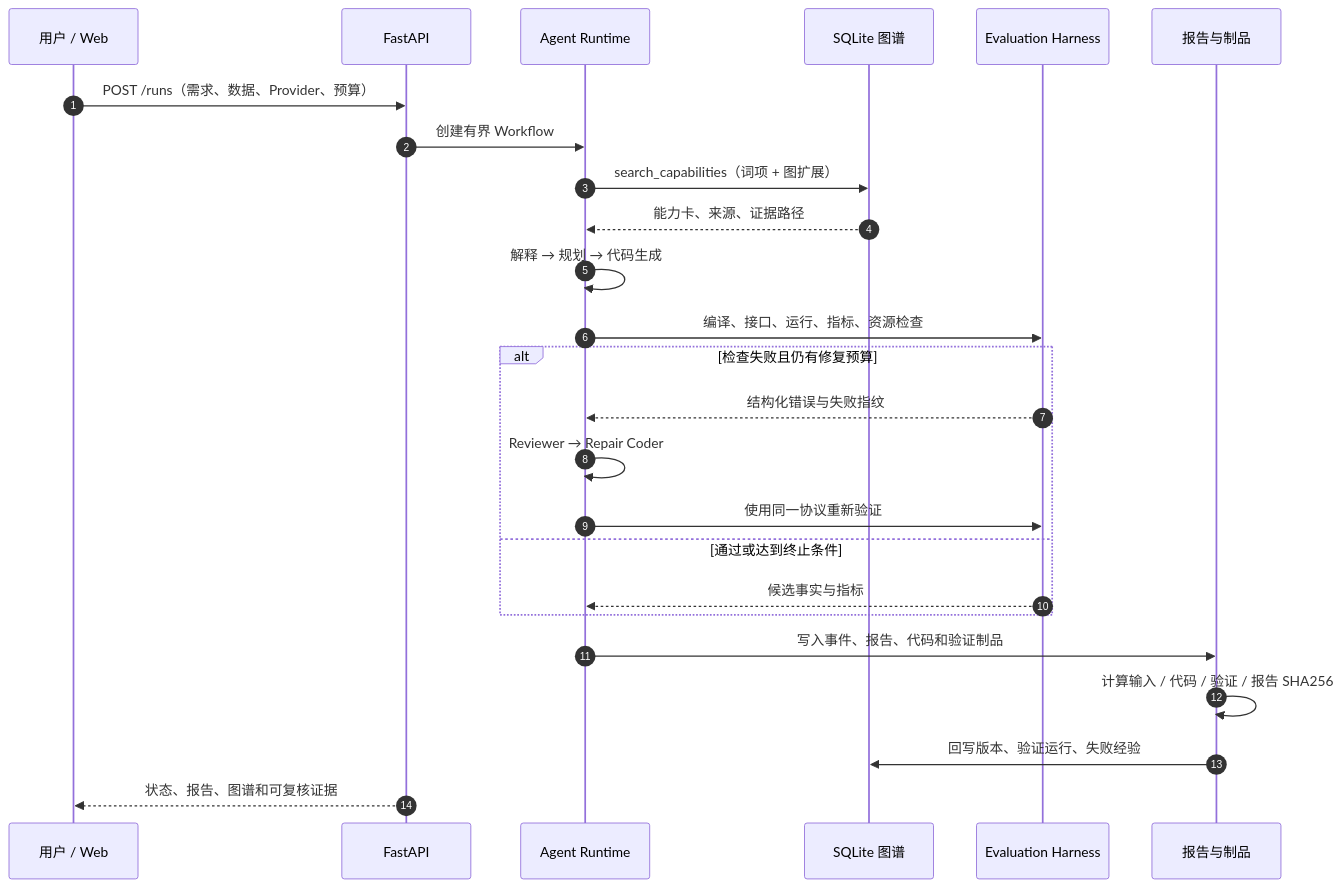
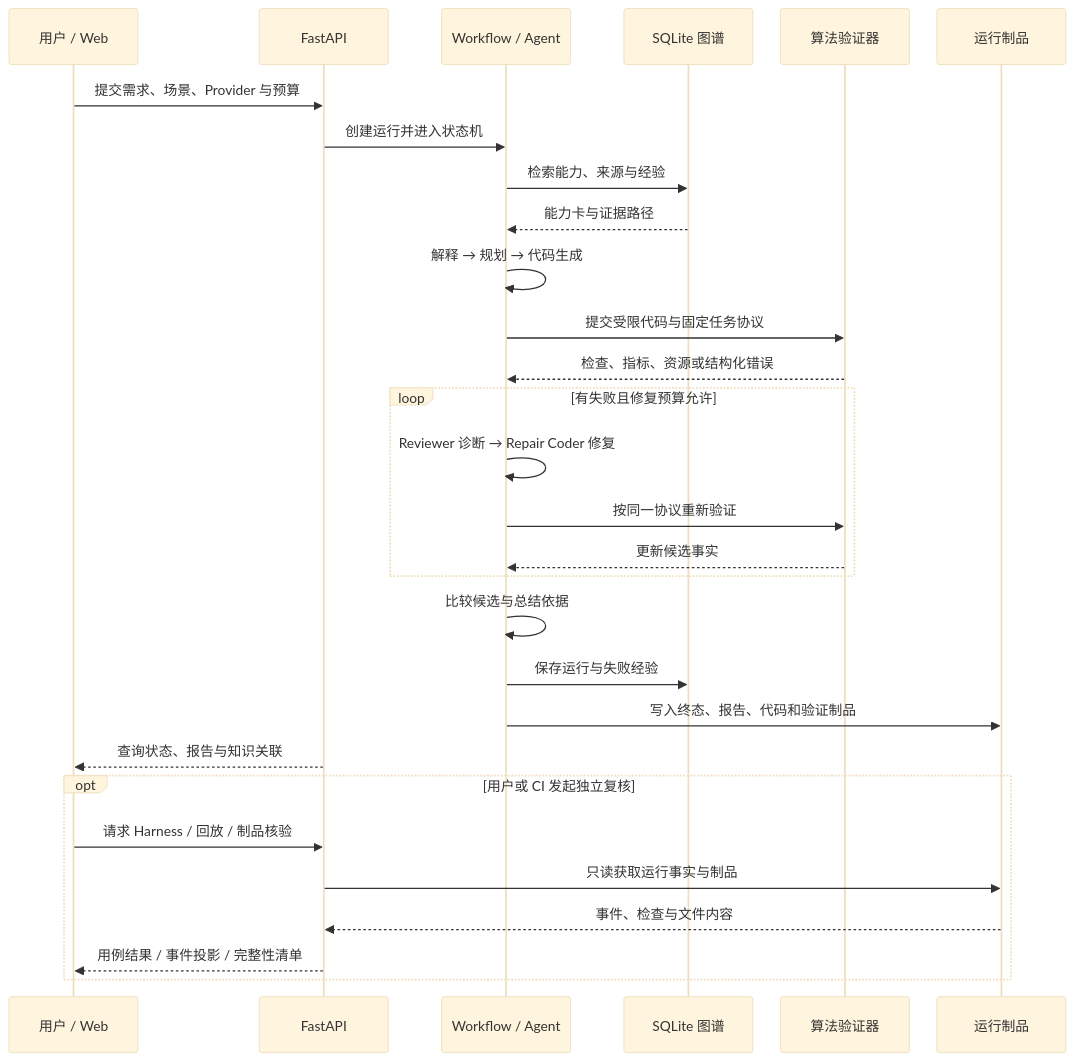
Before and after one commit to dengdeng55525/axiomforge: the second of 2 diagrams in README.md, drawn with Mermaid. The commit also changed other lines of this file and 23 other files, not shown here.

````diff
--- a/README.md
+++ b/README.md
@@ -274,28 +208,32 @@
 ```mermaid
+%%{init: {"theme": "base", "themeVariables": {"fontSize": "18px", "actorFontSize": "18px", "messageFontSize": "17px"}, "sequence": {"actorMargin": 32, "messageMargin": 28}}}%%
 sequenceDiagram
-    autonumber
     participant User as 用户 / Web
     participant API as FastAPI
-    participant Agent as Agent Runtime
+    participant WF as Workflow / Agent
     participant KG as SQLite 图谱
-    participant Harness as Evaluation Harness
-    participant Store as 报告与制品
-
-    User->>API: POST /runs（需求、数据、Provider、预算）
-    API->>Agent: 创建有界 Workflow
-    Agent->>KG: search_capabilities（词项 + 图扩展）
-    KG-->>Agent: 能力卡、来源、证据路径
-    Agent->>Agent: 解释 → 规划 → 代码生成
-    Agent->>Harness: 编译、接口、运行、指标、资源检查
-    alt 检查失败且仍有修复预算
-      Harness-->>Agent: 结构化错误与失败指纹
-      Agent->>Agent: Reviewer → Repair Coder
-      Agent->>Harness: 使用同一协议重新验证
-    else 通过或达到终止条件
-      Harness-->>Agent: 候选事实与指标
+    participant Validator as 算法验证器
+    participant Store as 运行制品
+    User->>API: 提交需求、场景、Provider 与预算
+    API->>WF: 创建运行并进入状态机
+    WF->>KG: 检索能力、来源与经验
+    KG-->>WF: 能力卡与证据路径
+    WF->>WF: 解释 → 规划 → 代码生成
+    WF->>Validator: 提交受限代码与固定任务协议
+    Validator-->>WF: 检查、指标、资源或结构化错误
+    loop 有失败且修复预算允许
+      WF->>WF: Reviewer 诊断 → Repair Coder 修复
+      WF->>Validator: 按同一协议重新验证
+      Validator-->>WF: 更新候选事实
     end
-    Agent->>Store: 写入事件、报告、代码和验证制品
-    Store->>Store: 计算输入 / 代码 / 验证 / 报告 SHA256
-    Store->>KG: 回写版本、验证运行、失败经验
-    API-->>User: 状态、报告、图谱和可复核证据
+    WF->>WF: 比较候选与总结依据
+    WF->>KG: 保存运行与失败经验
+    WF->>Store: 写入终态、报告、代码和验证制品
+    API-->>User: 查询状态、报告与知识关联
+    opt 用户或 CI 发起独立复核
+      User->>API: 请求 Harness / 回放 / 制品核验
+      API->>Store: 只读获取运行事实与制品
+      Store-->>API: 事件、检查与文件内容
+      API-->>User: 用例结果 / 事件投影 / 完整性清单
+    end
 ```
````
